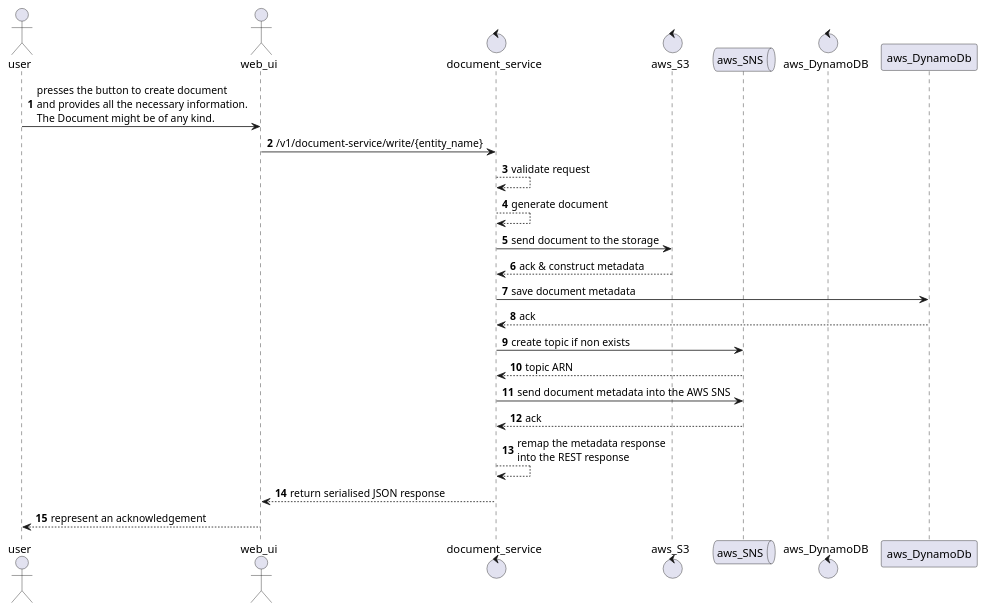
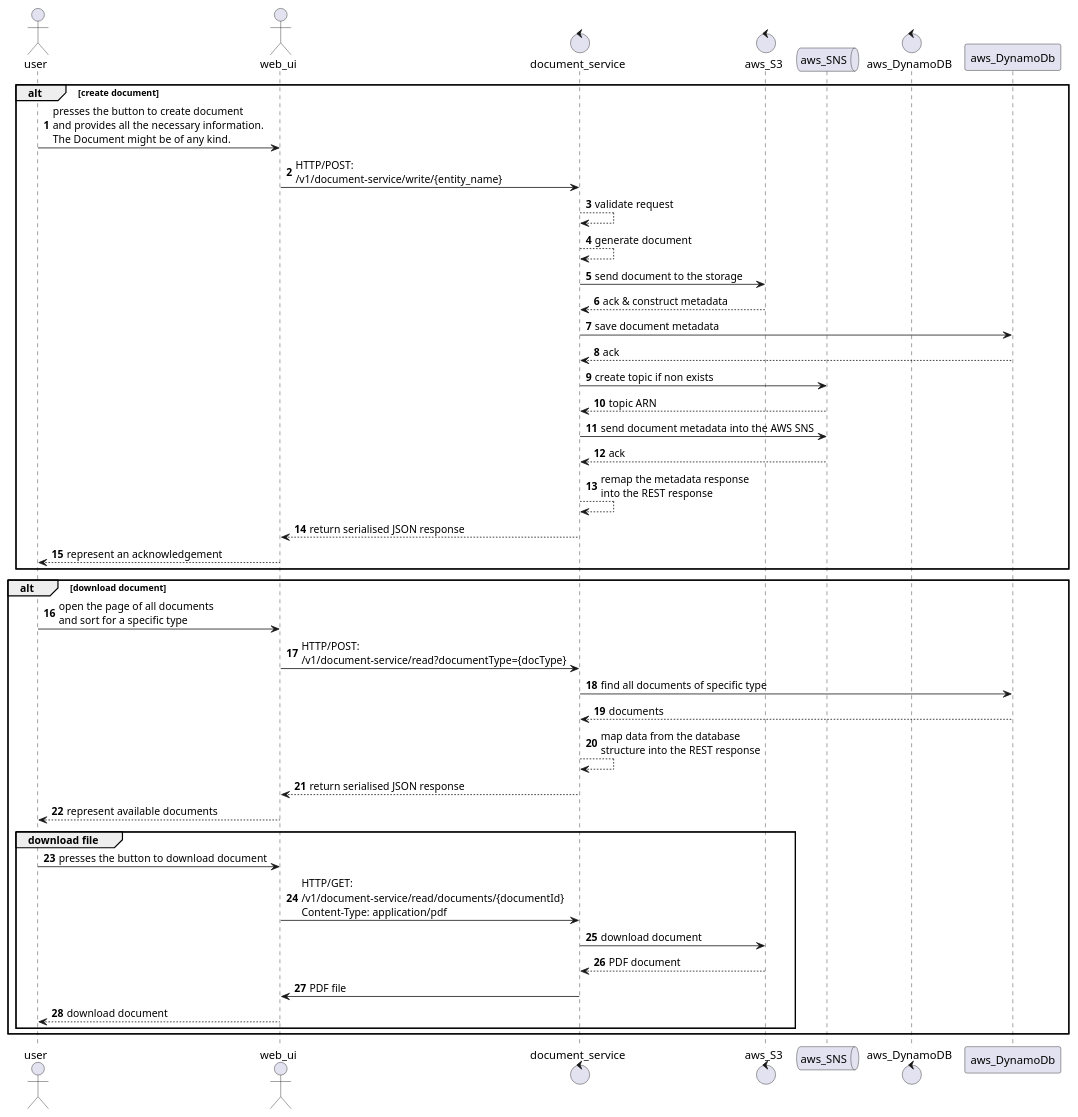
The diagram in high-level.puml (sergejsvisockis/document-service), drawn with PlantUML before and after one commit. The commit also changed 1 other file, not shown here.

Commit message:
update high-level diagram

```diff
--- a/high-level.puml
+++ b/high-level.puml
@@ -1,29 +1,48 @@
 @startuml
 'https://plantuml.com/sequence-diagram
 
 autonumber
 
 actor user
 actor web_ui
 control document_service
 control aws_S3
 queue aws_SNS
 control aws_DynamoDB
 
-user -> web_ui: presses the button to create document\nand provides all the necessary information.\nThe Document might be of any kind.
-web_ui -> document_service: /v1/document-service/write/{entity_name}
-document_service --> document_service: validate request
-document_service --> document_service: generate document
-document_service -> aws_S3: send document to the storage
-return ack & construct metadata
-document_service -> aws_DynamoDb: save document metadata
-return ack
-document_service -> aws_SNS: create topic if non exists
-return topic ARN
-document_service -> aws_SNS: send document metadata into the AWS SNS
-return ack
-document_service --> document_service: remap the metadata response\ninto the REST response
-document_service --> web_ui: return serialised JSON response
-web_ui --> user: represent an acknowledgement
+alt create document
+    user -> web_ui: presses the button to create document\nand provides all the necessary information.\nThe Document might be of any kind.
+    web_ui -> document_service: HTTP/POST:\n/v1/document-service/write/{entity_name}
+    document_service --> document_service: validate request
+    document_service --> document_service: generate document
+    document_service -> aws_S3: send document to the storage
+    return ack & construct metadata
+    document_service -> aws_DynamoDb: save document metadata
+    return ack
+    document_service -> aws_SNS: create topic if non exists
+    return topic ARN
+    document_service -> aws_SNS: send document metadata into the AWS SNS
+    return ack
+    document_service --> document_service: remap the metadata response\ninto the REST response
+    document_service --> web_ui: return serialised JSON response
+    web_ui --> user: represent an acknowledgement
+end
+alt download document
+    user -> web_ui: open the page of all documents\nand sort for a specific type
+    web_ui -> document_service: HTTP/POST:\n/v1/document-service/read?documentType={docType}
+    document_service -> aws_DynamoDb: find all documents of specific type
+    return documents
+    document_service --> document_service: map data from the database\nstructure into the REST response
+    document_service --> web_ui: return serialised JSON response
+    web_ui --> user: represent available documents
+    group download file
+        user -> web_ui: presses the button to download document
+        web_ui -> document_service: HTTP/GET:\n/v1/document-service/read/documents/{documentId}\nContent-Type: application/pdf
+        document_service -> aws_S3: download document
+        return PDF document
+        document_service -> web_ui: PDF file
+        web_ui --> user: download document
+    end
+end
 
 @enduml
```
